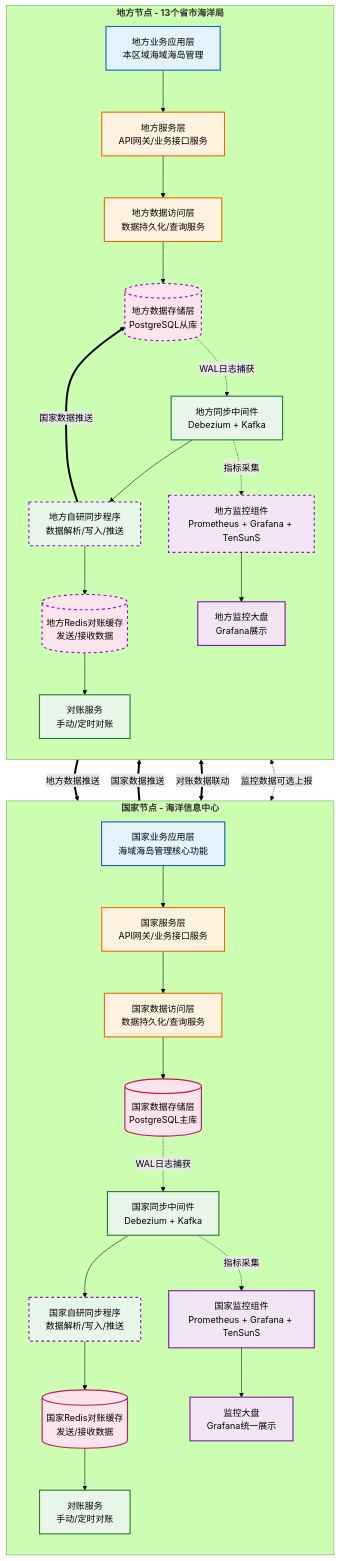
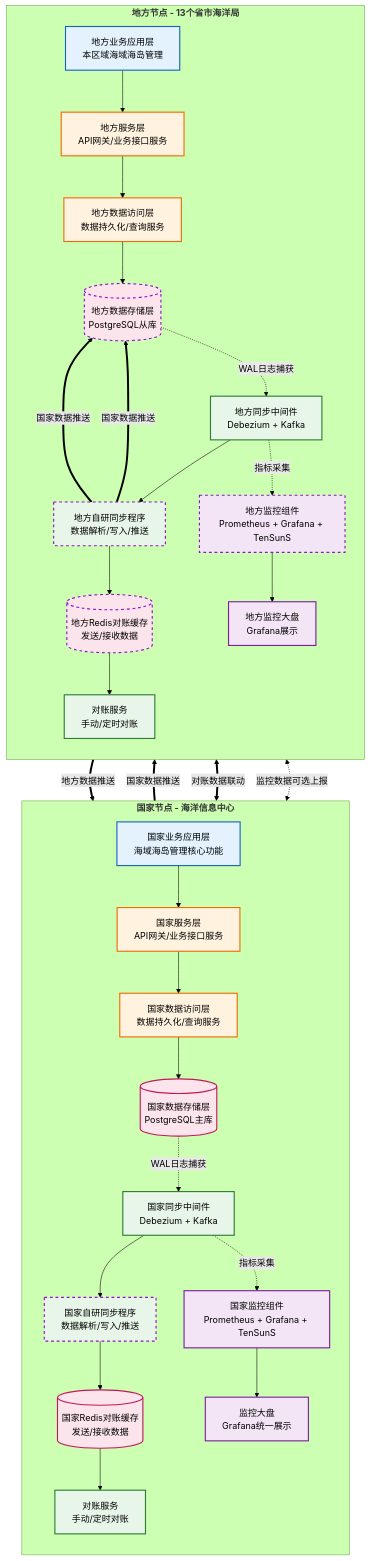
One commit to MyJohn2/iodraw-files changed the diagram in all/未命名-1.md. Above: the diagram before and after it, drawn with Mermaid (forest theme).

Commit message:
2026-03-04 13:41:07 update

````diff
--- a/all/未命名-1.md
+++ b/all/未命名-1.md
@@ -1,67 +1,68 @@
 ```mermaid
 flowchart TD
     %% 定义样式
     classDef app fill:#e3f2fd,stroke:#1565c0,stroke-width:2px;
     classDef service fill:#fff3e0,stroke:#ef6c00,stroke-width:2px;
     classDef data fill:#fce4ec,stroke:#c2185b,stroke-width:2px;
     classDef sync fill:#e8f5e9,stroke:#2e7d32,stroke-width:2px;
     classDef monitor fill:#f3e5f5,stroke:#7b1fa2,stroke-width:2px;
     classDef linkLine stroke:#950DCD,stroke-width:2px,stroke-dasharray: 5 5;
 
     %% 国家节点 - 修复了标题括号问题
     subgraph NationNode [<B>国家节点 - 海洋信息中心]
         direction TB
         A1[国家业务应用层<br/>海域海岛管理核心功能]:::app
         B1[国家服务层<br/>API网关/业务接口服务]:::service
         C1[国家数据访问层<br/>数据持久化/查询服务]:::service
         D1[(国家数据存储层<br/>PostgreSQL主库)]:::data
         E1[国家同步中间件<br/>Debezium + Kafka]:::sync
         F1[国家自研同步程序<br/>数据解析/写入/推送]:::sync
         G1[(国家Redis对账缓存<br/>发送/接收数据)]:::data
         H1[国家监控组件<br/>Prometheus + Grafana + TenSunS]:::monitor
         I1[对账服务<br/>手动/定时对账]:::sync
         J1[监控大盘<br/>Grafana统一展示]:::monitor
 
         A1 --> B1
         B1 --> C1
         C1 --> D1
         D1 -.->|WAL日志捕获 | E1
         E1 --> F1
         F1 --> G1
         E1 -.->|指标采集 | H1
         G1 --> I1
         H1 --> J1
     end
     
     %% 地方节点 - 修复了标题括号问题
     subgraph LocalNode [<B>地方节点 - 13个省市海洋局]
         direction TB
         A2[地方业务应用层<br/>本区域海域海岛管理]:::app
         B2[地方服务层<br/>API网关/业务接口服务]:::service
         C2[地方数据访问层<br/>数据持久化/查询服务]:::service
         D2[(地方数据存储层<br/>PostgreSQL从库)]:::data
         E2[地方同步中间件<br/>Debezium + Kafka]:::sync
         F2[地方自研同步程序<br/>数据解析/写入/推送]:::sync
         G2[(地方Redis对账缓存<br/>发送/接收数据)]:::data
         H2[地方监控组件<br/>Prometheus + Grafana + TenSunS]:::monitor
         I2[对账服务<br/>手动/定时对账]:::sync
         J2[地方监控大盘<br/>Grafana展示]:::monitor
 
         A2 --> B2
         B2 --> C2
         C2 --> D2
         D2 -.->|WAL日志捕获 | E2
         E2 --> F2
         F2 --> G2
         E2 -.->|指标采集 | H2
         G2 --> I2
         H2 --> J2
     end
     
     %% 跨节点交互
     E2 ==>|地方数据推送 | F1:::linkLine
     E1 ==>|国家数据推送 | F2:::linkLine
     G1 <==>|对账数据联动 | G2:::linkLine
     H1 <-.->|监控数据可选上报 | H2:::linkLine
     F2 ==>|国家数据推送 | D2:::linkLine
+    F2 ==>|国家数据推送 | D2:::linkLine
 ```
````
